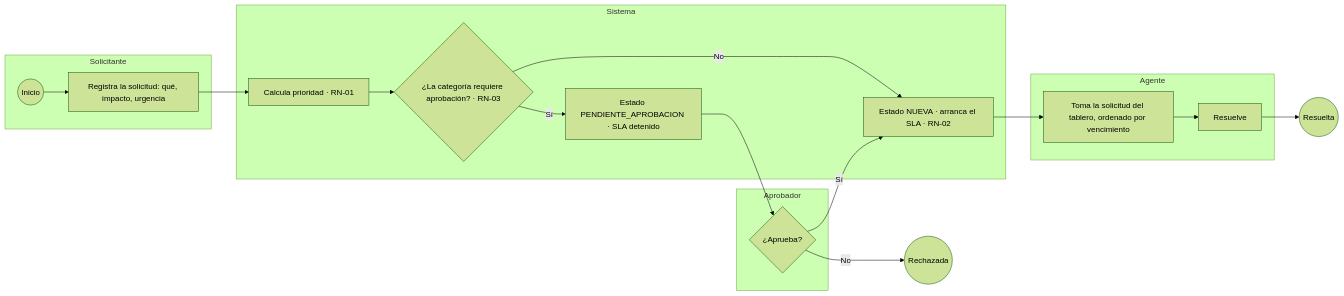
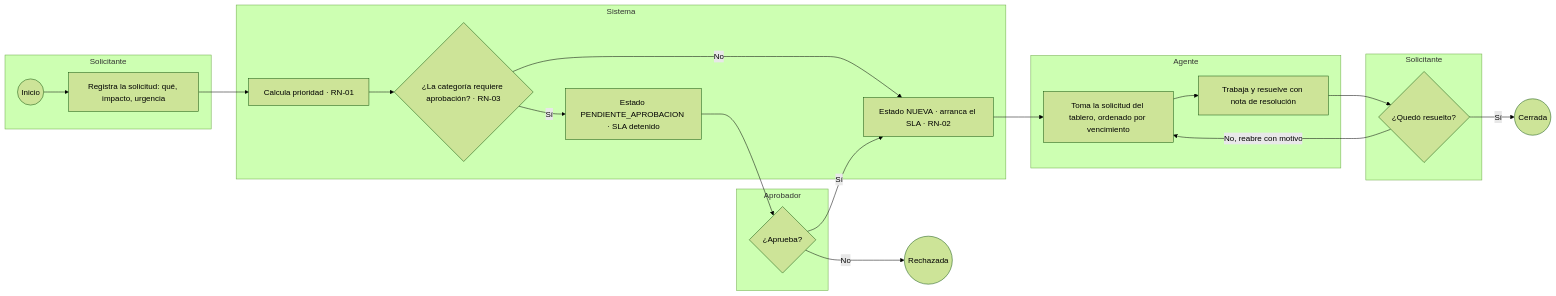
The second of 3 diagrams in docs/02-procesos.md (tinodorrego/solicitudes-it), drawn with Mermaid (forest theme) before and after one commit. The commit also changed other lines of this file and 41 other files, not shown here.

````diff
--- a/docs/02-procesos.md
+++ b/docs/02-procesos.md
@@ -30,22 +30,26 @@
 ```mermaid
 flowchart LR
   subgraph S[Solicitante]
     A((Inicio)) --> B[Registra la solicitud: qué, impacto, urgencia]
   end
   subgraph SIS[Sistema]
     B --> C[Calcula prioridad · RN-01]
     C --> D{¿La categoría requiere aprobación? · RN-03}
     D -- No --> E[Estado NUEVA · arranca el SLA · RN-02]
     D -- Sí --> F[Estado PENDIENTE_APROBACION · SLA detenido]
   end
   subgraph AP[Aprobador]
     F --> G{¿Aprueba?}
   end
   G -- Sí --> E
   G -- No --> R((Rechazada))
   subgraph AG[Agente]
     E --> H[Toma la solicitud del tablero, ordenado por vencimiento]
-    H --> I[Resuelve]
+    H --> I[Trabaja y resuelve con nota de resolución]
   end
-  I --> J((Resuelta))
+  subgraph CI[Solicitante]
+    I --> K{¿Quedó resuelto?}
+  end
+  K -- Sí --> J((Cerrada))
+  K -- No, reabre con motivo --> H
 ```
````
